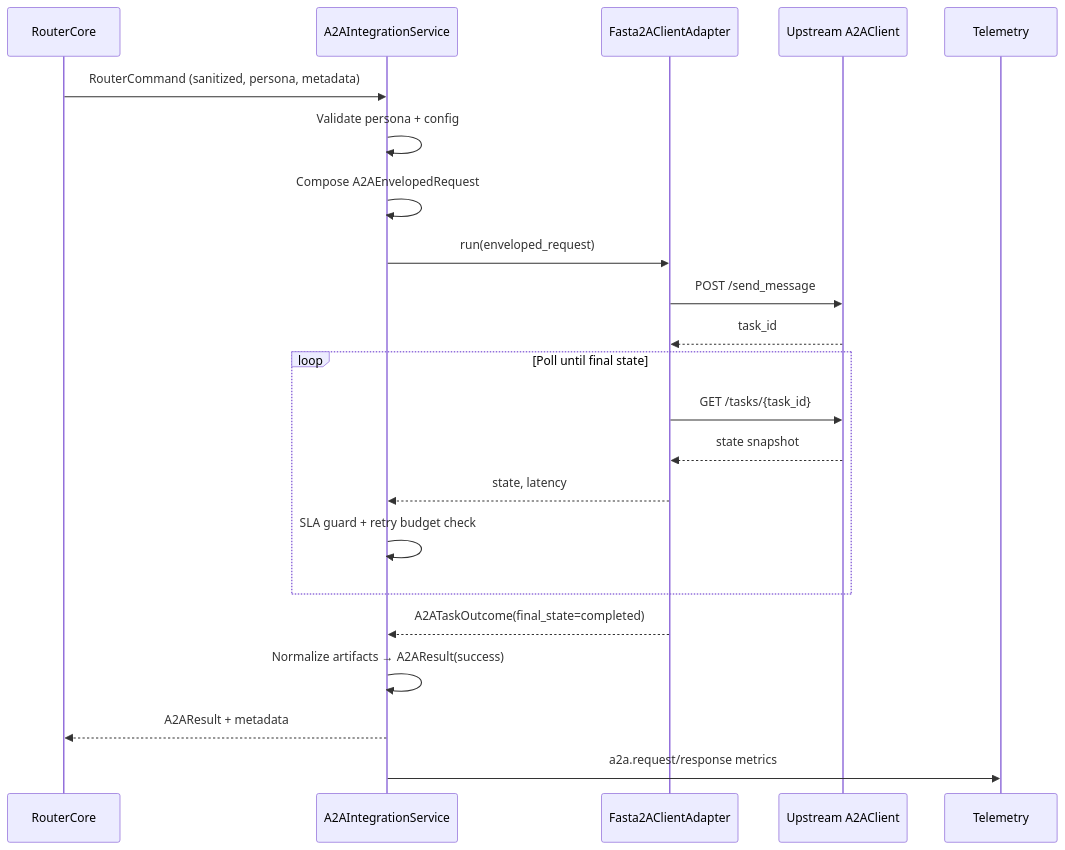
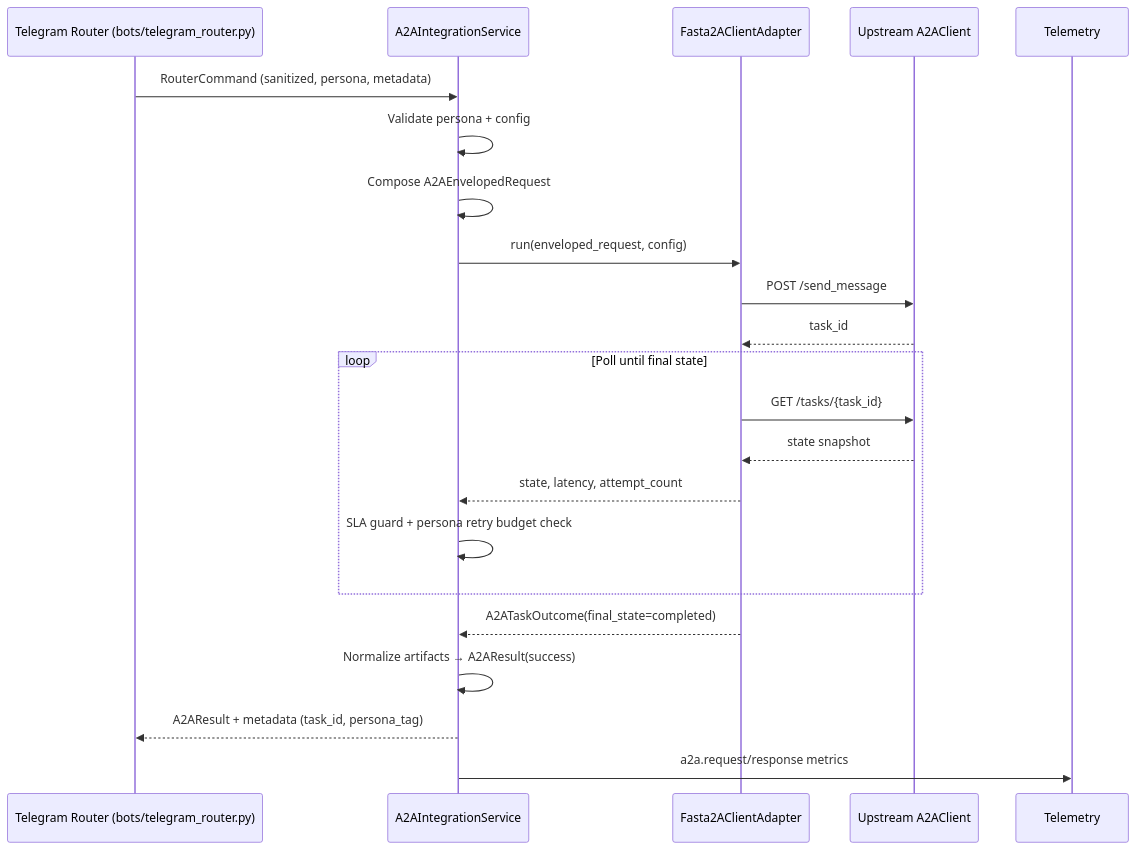
Before and after one commit to tbrandenburg/shai: the first of 3 diagrams in output/34/feature2_architecture.md, drawn with Mermaid. The commit also changed other lines of this file and 29 other files, not shown here.

Commit message:
chore: run task machine for issue #34

````diff
--- a/output/34/feature2_architecture.md
+++ b/output/34/feature2_architecture.md
@@ -127,24 +219,24 @@
 ```mermaid
 sequenceDiagram
-    participant TG as RouterCore
+    participant TG as Telegram Router (bots/telegram_router.py)
     participant INT as A2AIntegrationService
     participant AD as Fasta2AClientAdapter
     participant A2A as Upstream A2AClient
 
     TG->>INT: RouterCommand (sanitized, persona, metadata)
     INT->>INT: Validate persona + config
     INT->>INT: Compose A2AEnvelopedRequest
-    INT->>AD: run(enveloped_request)
+    INT->>AD: run(enveloped_request, config)
     AD->>A2A: POST /send_message
     A2A-->>AD: task_id
     loop Poll until final state
         AD->>A2A: GET /tasks/{task_id}
         A2A-->>AD: state snapshot
-        AD-->>INT: state, latency
-        INT->>INT: SLA guard + retry budget check
+        AD-->>INT: state, latency, attempt_count
+        INT->>INT: SLA guard + persona retry budget check
     end
     AD-->>INT: A2ATaskOutcome(final_state=completed)
     INT->>INT: Normalize artifacts → A2AResult(success)
-    INT-->>TG: A2AResult + metadata
+    INT-->>TG: A2AResult + metadata (task_id, persona_tag)
     INT->>Telemetry: a2a.request/response metrics
 ```
````
